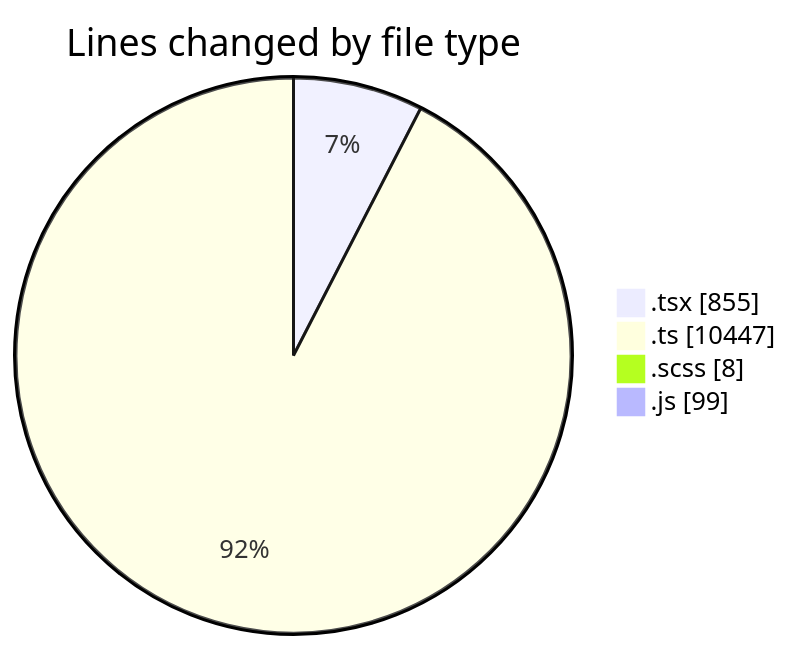
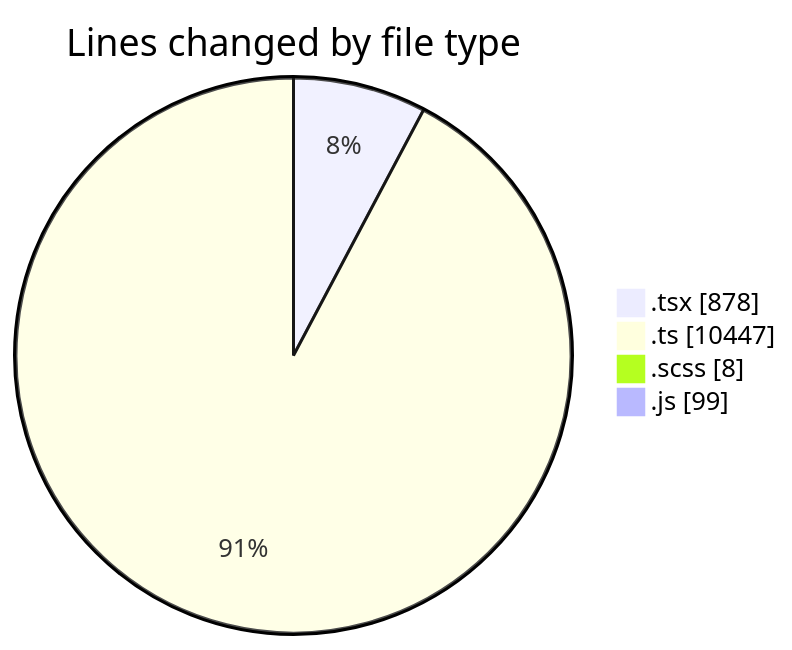
The first of 2 diagrams in 2025-03-26/cda/README.md (momahboobian/code-tracking), drawn with Mermaid before and after one commit. The commit also changed other lines of this file and 1 other file, not shown here.

````diff
--- a/2025-03-26/cda/README.md
+++ b/2025-03-26/cda/README.md
@@ -41,8 +41,8 @@
 ```mermaid
 pie showData
 title Lines changed by file type
-".tsx" : 855
+".tsx" : 878
 ".ts" : 10447
 ".scss" : 8
 ".js" : 99
 ```
````
